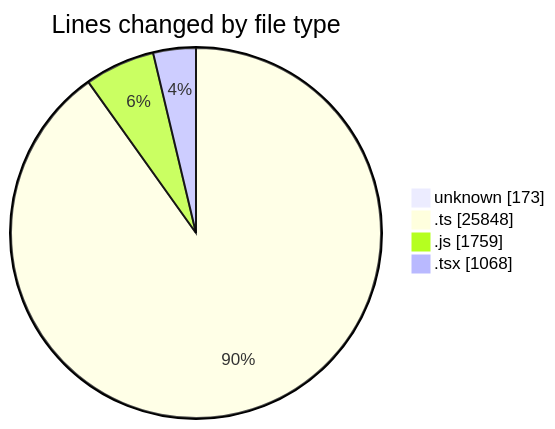
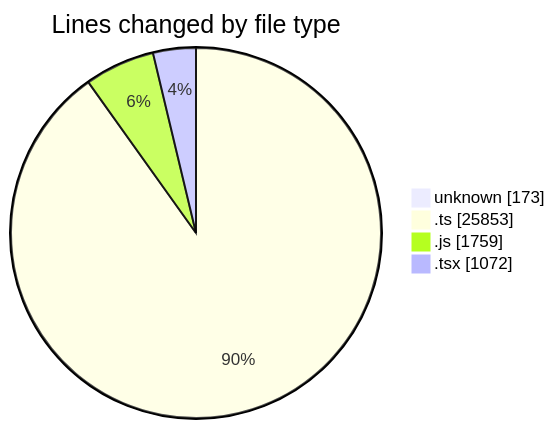
Before and after one commit to momahboobian/code-tracking: the first of 2 diagrams in 2026-08-24/cda/README.md, drawn with Mermaid. The commit also changed other lines of this file and 1 other file, not shown here.

````diff
--- a/2026-08-24/cda/README.md
+++ b/2026-08-24/cda/README.md
@@ -39,8 +39,8 @@
 ```mermaid
 pie showData
 title Lines changed by file type
 "unknown" : 173
-".ts" : 25848
+".ts" : 25853
 ".js" : 1759
-".tsx" : 1068
+".tsx" : 1072
 ```
````
